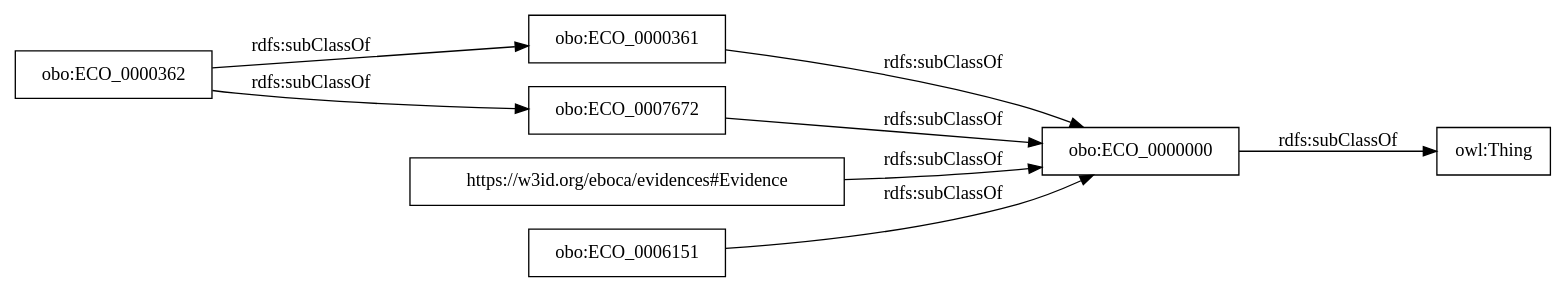
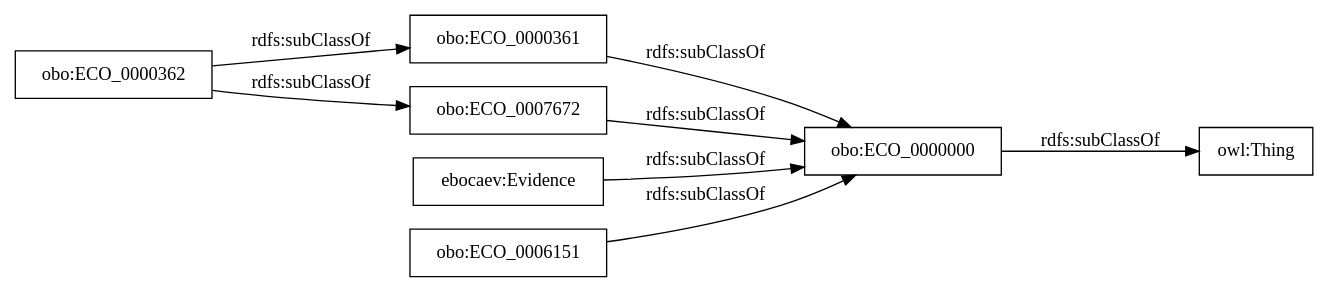
The diagram in OnToology/ontology/eboca-evidences.owl/diagrams/ar2dtool-taxonomy/eboca-evidences.owl.png.dot (drugs4covid/EBOCA-Evidences), drawn with Graphviz before and after one commit. The commit also changed 10 other files, not shown here.

```diff
--- a/OnToology/ontology/eboca-evidences.owl/diagrams/ar2dtool-taxonomy/eboca-evidences.owl.png.dot
+++ b/OnToology/ontology/eboca-evidences.owl/diagrams/ar2dtool-taxonomy/eboca-evidences.owl.png.dot
@@ -1,13 +1,13 @@
 digraph ar2dtool_diagram { 
 rankdir=LR;
 size="1000"
-node [shape = rectangle, color="black"]; "obo:ECO_0000362" "https://w3id.org/eboca/evidences#Evidence" "obo:ECO_0006151" "obo:ECO_0000361" "obo:ECO_0007672" "obo:ECO_0000000" ; /*classes style*/
+node [shape = rectangle, color="black"]; "obo:ECO_0000362" "ebocaev:Evidence" "obo:ECO_0006151" "obo:ECO_0000361" "obo:ECO_0007672" "obo:ECO_0000000" ; /*classes style*/
 	"obo:ECO_0007672" -> "obo:ECO_0000000" [ label = "rdfs:subClassOf" ];
 	"obo:ECO_0006151" -> "obo:ECO_0000000" [ label = "rdfs:subClassOf" ];
-	"https://w3id.org/eboca/evidences#Evidence" -> "obo:ECO_0000000" [ label = "rdfs:subClassOf" ];
+	"ebocaev:Evidence" -> "obo:ECO_0000000" [ label = "rdfs:subClassOf" ];
 	"obo:ECO_0000000" -> "owl:Thing" [ label = "rdfs:subClassOf" ];
 	"obo:ECO_0000362" -> "obo:ECO_0007672" [ label = "rdfs:subClassOf" ];
 	"obo:ECO_0000362" -> "obo:ECO_0000361" [ label = "rdfs:subClassOf" ];
 	"obo:ECO_0000361" -> "obo:ECO_0000000" [ label = "rdfs:subClassOf" ];
 
 }
```
